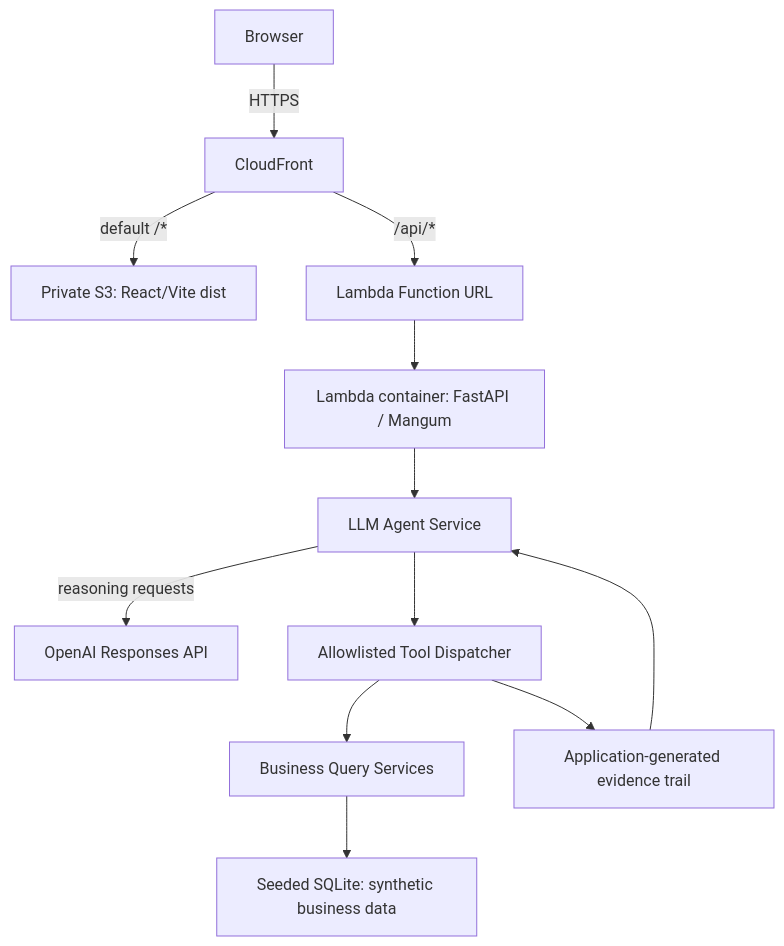
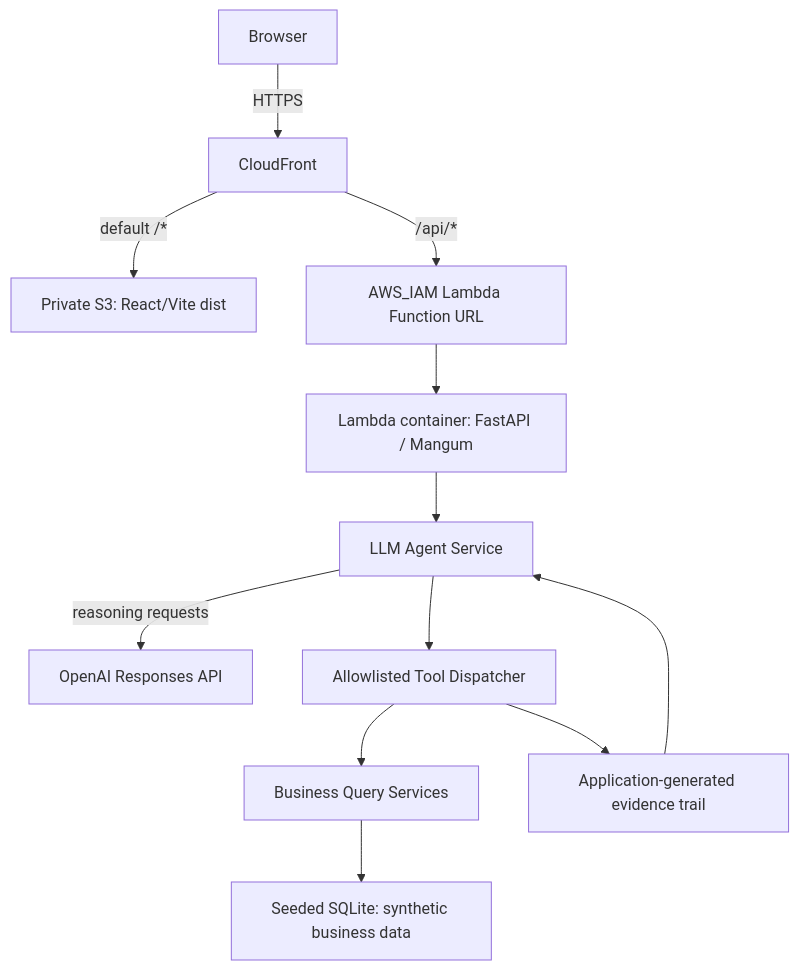
The diagram in README.md (yi0805/opspilot), drawn with Mermaid before and after one commit. The commit also changed other lines of this file and 8 other files, not shown here.

````diff
--- a/README.md
+++ b/README.md
@@ -9,14 +9,14 @@
 ```mermaid
 flowchart TD
     Browser[Browser] -->|HTTPS| CDN[CloudFront]
     CDN -->|default /*| S3[Private S3: React/Vite dist]
-    CDN -->|/api/*| FunctionUrl[Lambda Function URL]
+    CDN -->|/api/*| FunctionUrl[AWS_IAM Lambda Function URL]
     FunctionUrl --> Lambda[Lambda container: FastAPI / Mangum]
     Lambda --> Agent[LLM Agent Service]
     Agent -->|reasoning requests| OpenAI[OpenAI Responses API]
     Agent --> Dispatcher[Allowlisted Tool Dispatcher]
     Dispatcher --> Queries[Business Query Services]
     Queries --> Data[Seeded SQLite: synthetic business data]
     Dispatcher --> Evidence[Application-generated evidence trail]
     Evidence --> Agent
 ```
````
